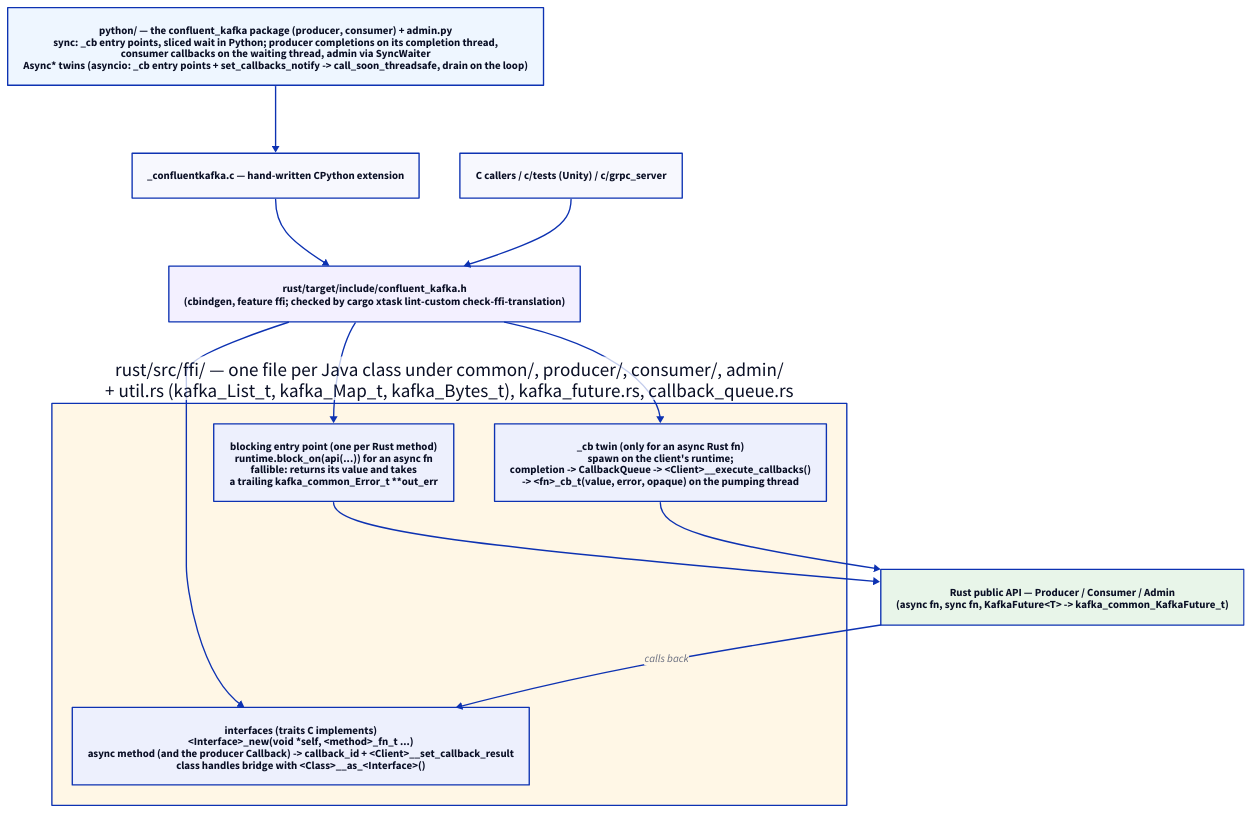
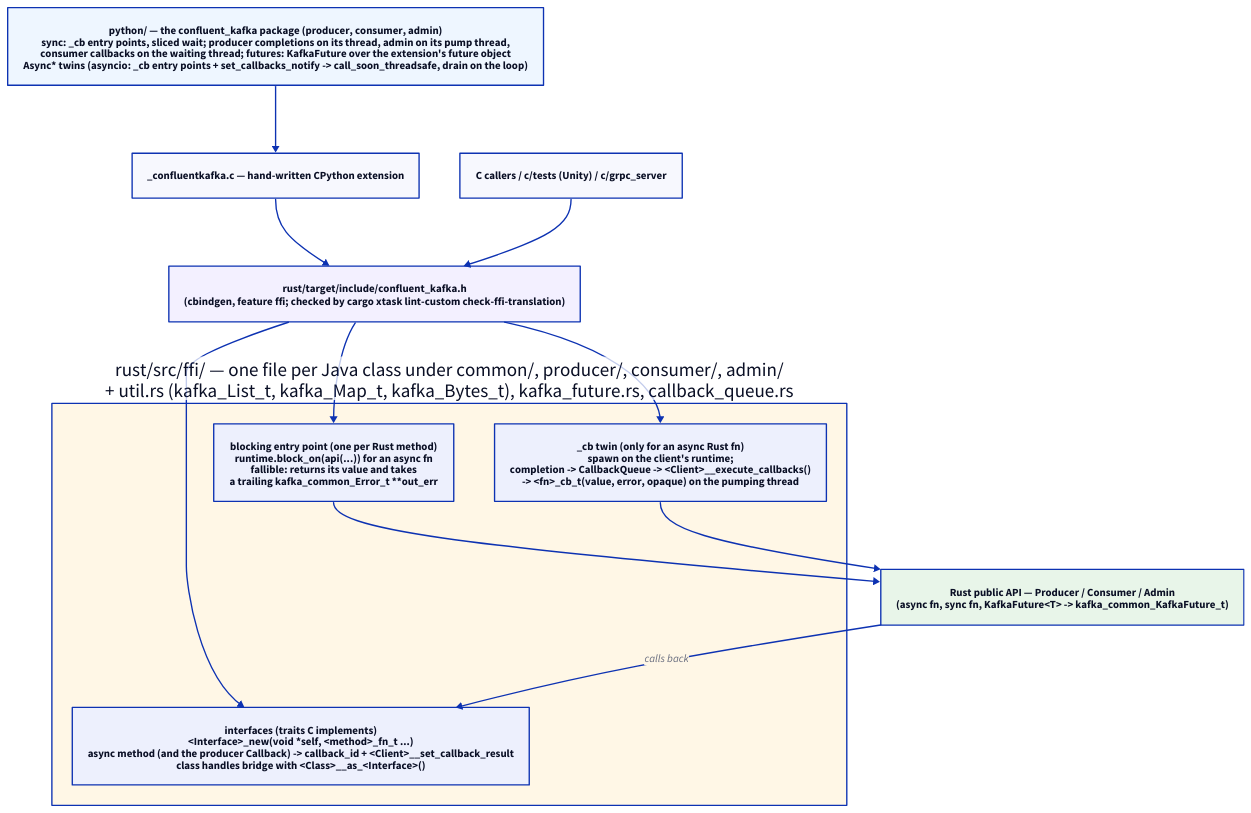
The diagram in design/current/img/bindings-layering.d2 (confluentinc/kafka-clients), drawn with D2 before and after one commit. The commit also changed 13 other files, not shown here.

First line of the commit message:
docs: Python client on KafkaFuture and #251's FFI

```diff
--- a/design/current/img/bindings-layering.d2
+++ b/design/current/img/bindings-layering.d2
@@ -1,44 +1,44 @@
 # How the C and Python bindings sit on the async Rust API.
 #
 # Source of truth for design/current/img/bindings-layering.svg.
 # Render with: make -C design/current d2
 #
 # The point of this diagram: the C API mirrors the Rust (and so the Java)
 # surface one-to-one under CLAUDE.md §4 -- a blocking entry point per Rust
 # `async fn` plus a `_cb` twin whose completion is queued on the client's
 # callbacks vector and run by `__execute_callbacks` on a caller thread; a
 # sync Rust `fn` crosses once. No Rust thread ever runs a user callback.
 # Both bindings are thin layers over that surface.
 
 direction: down
 
-py: "python/ — the confluent_kafka package (producer, consumer) + admin.py\nsync: _cb entry points, sliced wait in Python; producer completions on its completion thread,\nconsumer callbacks on the waiting thread, admin via SyncWaiter\nAsync* twins (asyncio: _cb entry points + set_callbacks_notify -> call_soon_threadsafe, drain on the loop)" {
+py: "python/ — the confluent_kafka package (producer, consumer, admin)\nsync: _cb entry points, sliced wait; producer completions on its thread, admin on its pump thread,\nconsumer callbacks on the waiting thread; futures: KafkaFuture over the extension's future object\nAsync* twins (asyncio: _cb entry points + set_callbacks_notify -> call_soon_threadsafe, drain on the loop)" {
   style.fill: "#eef6ff"
 }
 pyext: "_confluentkafka.c — hand-written CPython extension"
 c: "C callers / c/tests (Unity) / c/grpc_server"
 
 header: "rust/target/include/confluent_kafka.h\n(cbindgen, feature ffi; checked by cargo xtask lint-custom check-ffi-translation)" {
   style.fill: "#f3f0ff"
 }
 
 ffi: "rust/src/ffi/ — one file per Java class under common/, producer/, consumer/, admin/\n+ util.rs (kafka_List_t, kafka_Map_t, kafka_Bytes_t), kafka_future.rs, callback_queue.rs" {
   style.fill: "#fff7e6"
 
   sync: "blocking entry point (one per Rust method)\nruntime.block_on(api(...)) for an async fn\nfallible: returns its value and takes\na trailing kafka_common_Error_t **out_err"
   cb: "_cb twin (only for an async Rust fn)\nspawn on the client's runtime;\ncompletion -> CallbackQueue -> <Client>__execute_callbacks()\n-> <fn>_cb_t(value, error, opaque) on the pumping thread"
   iface: "interfaces (traits C implements)\n<Interface>_new(void *self, <method>_fn_t ...)\nasync method (and the producer Callback) -> callback_id + <Client>__set_callback_result\nclass handles bridge with <Class>__as_<Interface>()"
 }
 
 core: "Rust public API — Producer / Consumer / Admin\n(async fn, sync fn, KafkaFuture<T> -> kafka_common_KafkaFuture_t)" {
   style.fill: "#e8f5e9"
 }
 
 py -> pyext -> header
 c -> header
 header -> ffi.sync
 header -> ffi.cb
 header -> ffi.iface
 ffi.sync -> core
 ffi.cb -> core
 core -> ffi.iface: "calls back"
```
